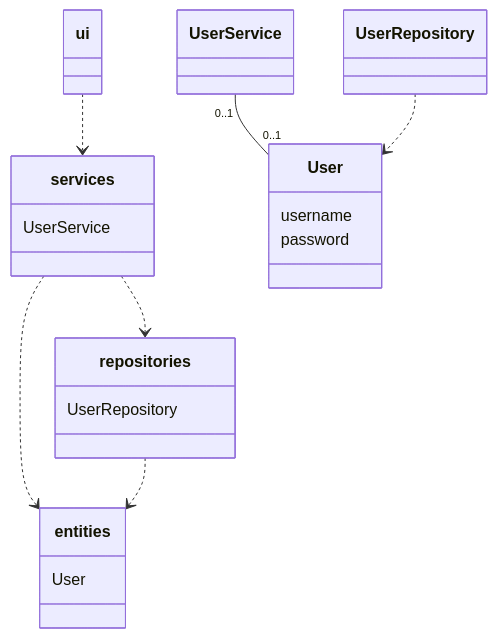
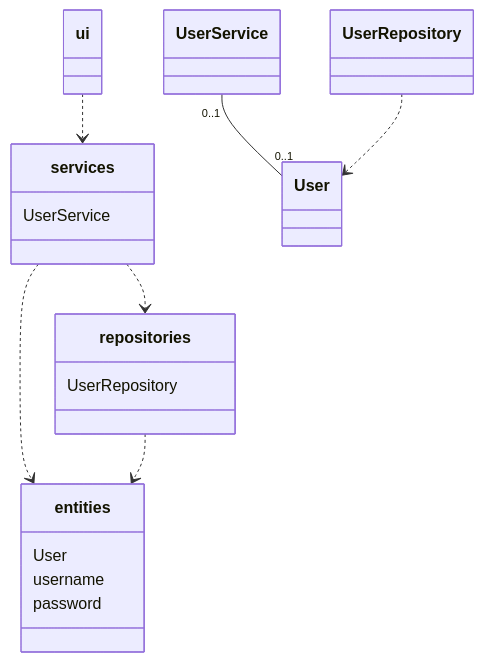
Before and after one commit to nikihietala/StrengthApp: the diagram in python-strength-app/dokumentaatio/arkkitehtuuri.md, drawn with Mermaid.

````diff
--- a/python-strength-app/dokumentaatio/arkkitehtuuri.md
+++ b/python-strength-app/dokumentaatio/arkkitehtuuri.md
@@ -5,24 +5,22 @@
 ```mermaid
 	classDiagram
 		ui ..> services
 		services ..> repositories
 		services ..> entities
 		repositories ..> entities
 		UserService "0..1" -- "0..1" User
 		UserRepository ..> User
 		class ui{
 		}
 		class services{
 			UserService
 		}
 		class repositories{
 			UserRepository
 		}
 		class entities{
 			User
-		}
-		class User{
-			username
-			password
+				username
+				password
 		}
 ```
````
